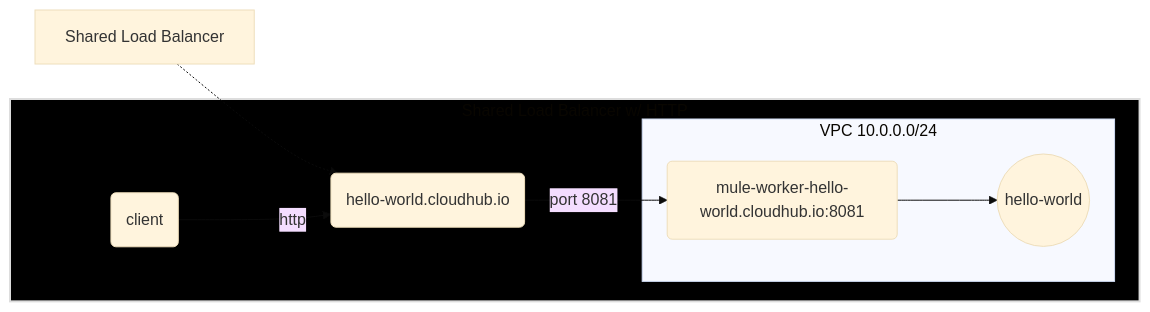
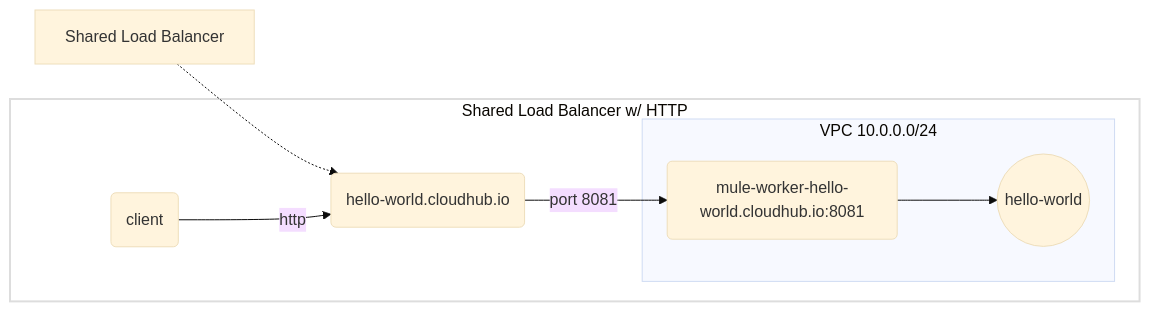
The first of 5 diagrams in _posts/2021/2021-01-02-netcat-mulesoft-cloudhub.md (dhimate/dhimate.github.io), drawn with Mermaid (base theme) before and after one commit. The commit also changed other lines of this file, not shown here.

Commit message:
Updated mermaid syntax

```diff
--- a/_posts/2021/2021-01-02-netcat-mulesoft-cloudhub.md
+++ b/_posts/2021/2021-01-02-netcat-mulesoft-cloudhub.md
@@ -27,12 +27,12 @@
 <pre class="mermaid">
 flowchart LR
    l1[Shared Load Balancer]-.->c1 
     subgraph A[Shared Load Balancer w/ HTTP]
         u(client)--http-->c1
         c1(hello-world.cloudhub.io<br/>)--port 8081-->a1
         subgraph VPC 10.0.0.0/24
         a1(mule-worker-hello-world.cloudhub.io:8081)--->id1((hello-world))
       end
     end
- style A fill:#000,stroke:#DDD,stroke-width:2px
+ style A fill:#FFF,stroke:#DDD,stroke-width:2px
 </pre>
```
